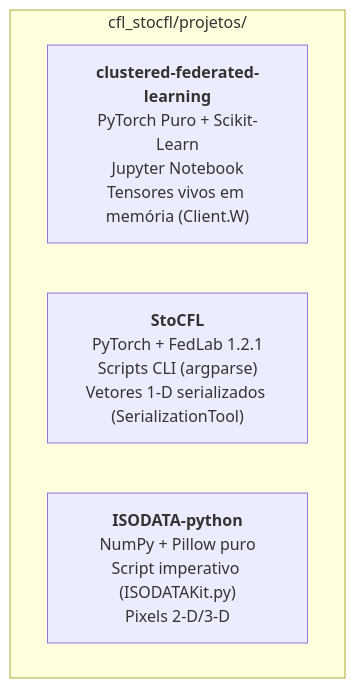
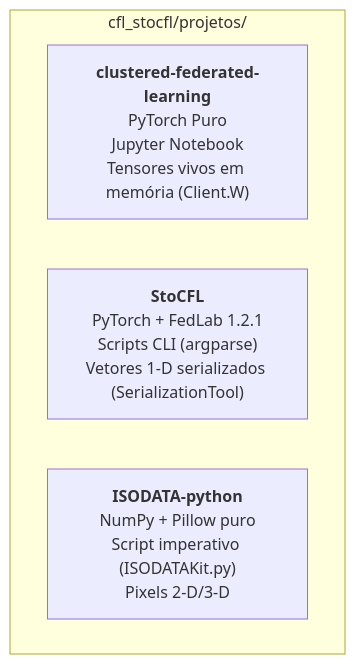
One commit to luiz2801/StoCFL-CFL changed the first of 2 diagrams in docs/implementar/arquitetura-componentes-isodata-fl.md. Above: the diagram before and after it, drawn with Mermaid. The commit also changed other lines of this file and 7 other files, not shown here.

````diff
--- a/docs/implementar/arquitetura-componentes-isodata-fl.md
+++ b/docs/implementar/arquitetura-componentes-isodata-fl.md
@@ -15,8 +15,8 @@
 ```mermaid
 graph TD
     subgraph Repo["cfl_stocfl/projetos/"]
-        P1["<b>clustered-federated-learning</b><br/>PyTorch Puro + Scikit-Learn<br/>Jupyter Notebook<br/>Tensores vivos em memória (Client.W)"]
+        P1["<b>clustered-federated-learning</b><br/>PyTorch Puro<br/>Jupyter Notebook<br/>Tensores vivos em memória (Client.W)"]
         P2["<b>StoCFL</b><br/>PyTorch + FedLab 1.2.1<br/>Scripts CLI (argparse)<br/>Vetores 1-D serializados (SerializationTool)"]
         P3["<b>ISODATA-python</b><br/>NumPy + Pillow puro<br/>Script imperativo (ISODATAKit.py)<br/>Pixels 2-D/3-D"]
     end
 ```
````
